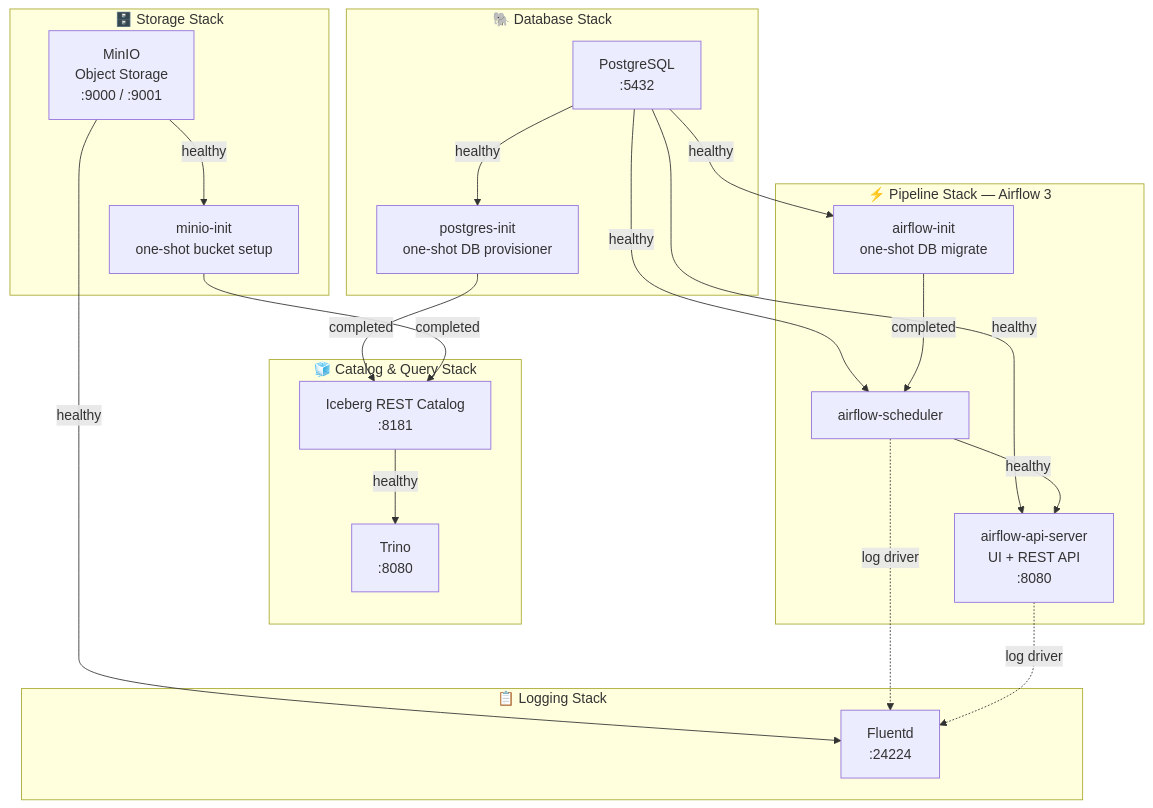
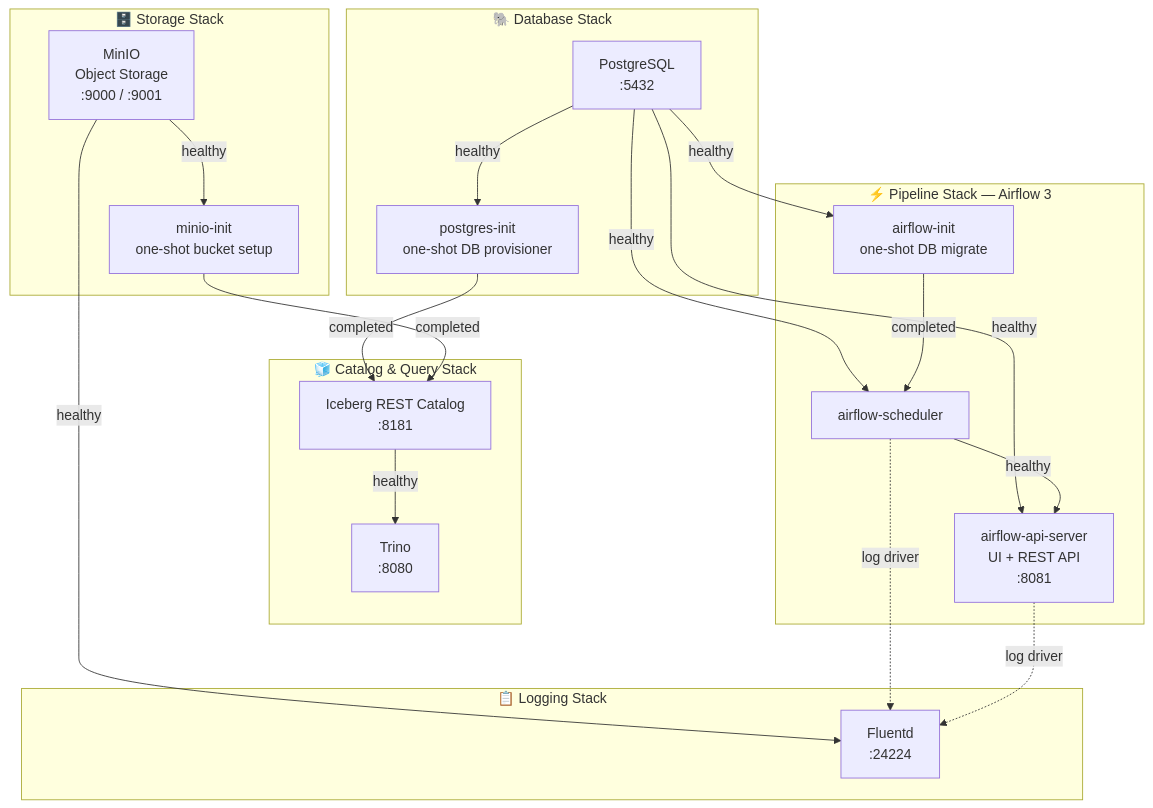
The diagram in README.md (avikbesu/local-infra-setup), drawn with Mermaid before and after one commit. The commit also changed other lines of this file and 2 other files, not shown here.

````diff
--- a/README.md
+++ b/README.md
@@ -101,45 +132,45 @@
 ```mermaid
 flowchart TD
     subgraph STORAGE["🗄️ Storage Stack"]
         minio["MinIO\nObject Storage\n:9000 / :9001"]
         minio_init["minio-init\none-shot bucket setup"]
     end
 
     subgraph DB["🐘 Database Stack"]
         postgres["PostgreSQL\n:5432"]
         postgres_init["postgres-init\none-shot DB provisioner"]
     end
 
     subgraph CATALOG["🧊 Catalog & Query Stack"]
         iceberg_rest["Iceberg REST Catalog\n:8181"]
         trino["Trino\n:8080"]
     end
 
     subgraph LOGGING["📋 Logging Stack"]
         fluentd["Fluentd\n:24224"]
     end
 
     subgraph PIPELINE["⚡ Pipeline Stack — Airflow 3"]
         airflow_init["airflow-init\none-shot DB migrate"]
         airflow_scheduler["airflow-scheduler"]
-        airflow_api["airflow-api-server\nUI + REST API\n:8080"]
+        airflow_api["airflow-api-server\nUI + REST API\n:8081"]
     end
 
     minio          -- "healthy"    --> minio_init
     minio          -- "healthy"    --> fluentd
 
     postgres       -- "healthy"    --> postgres_init
     postgres       -- "healthy"    --> airflow_init
     postgres       -- "healthy"    --> airflow_scheduler
     postgres       -- "healthy"    --> airflow_api
 
     postgres_init  -- "completed"  --> iceberg_rest
     minio_init     -- "completed"  --> iceberg_rest
     iceberg_rest   -- "healthy"    --> trino
 
     airflow_init   -- "completed"  --> airflow_scheduler
     airflow_scheduler -- "healthy" --> airflow_api
 
     airflow_scheduler -. "log driver" .-> fluentd
     airflow_api       -. "log driver" .-> fluentd
 ```
````
